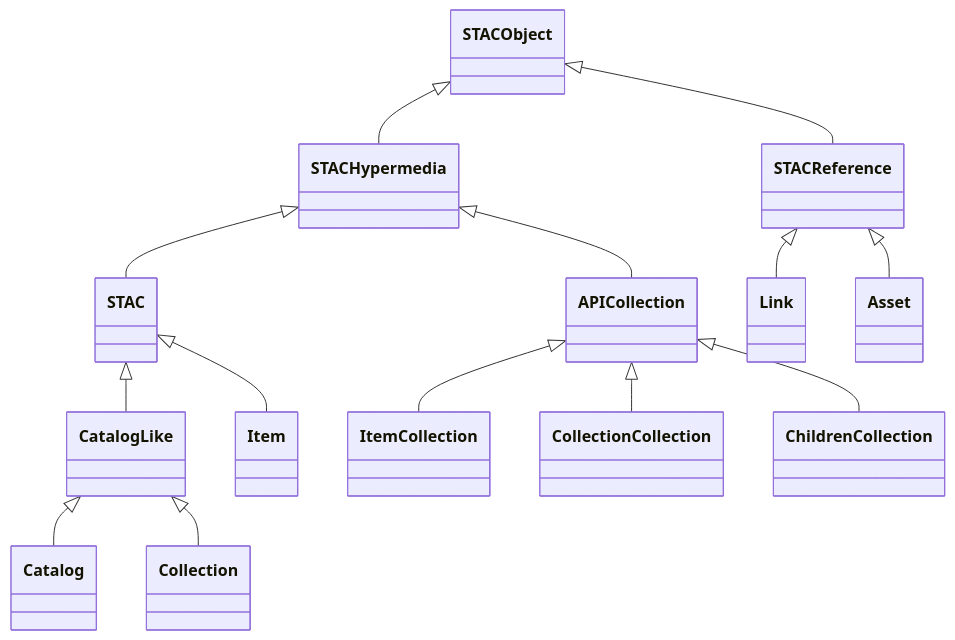
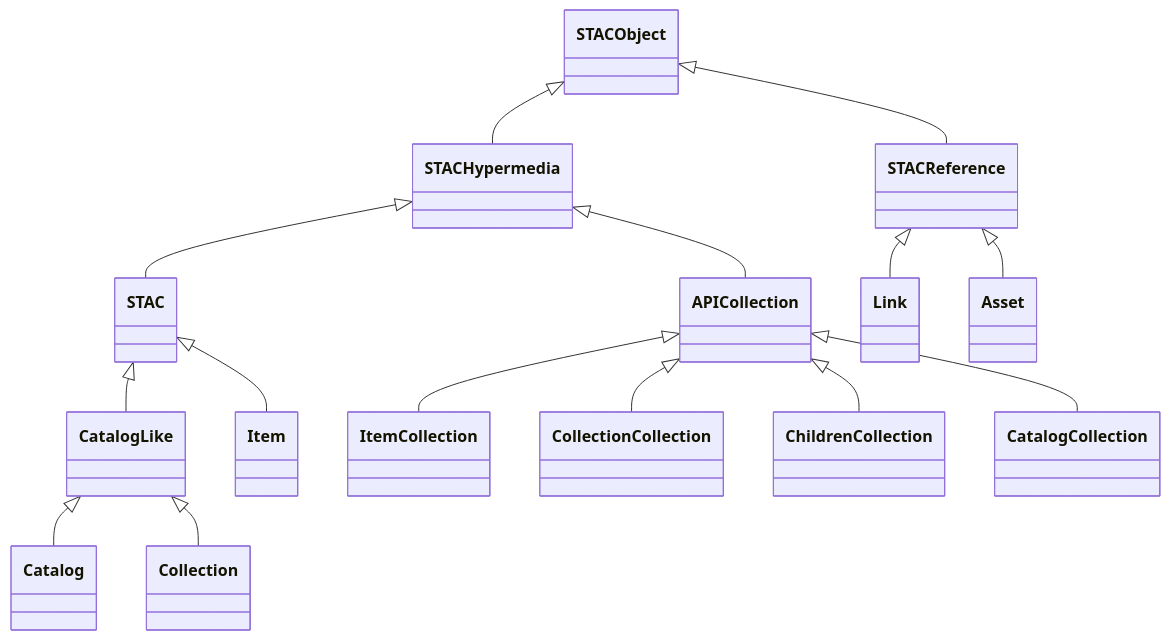
Before and after one commit to moregeo-it/stac-js: the diagram in README.md, drawn with Mermaid. The commit also changed other lines of this file and 12 other files, not shown here.

First line of the commit message:
Add CatalogCollection and getApiCatalogsLink for the Multi-Tenant Catalogs extension

````diff
--- a/README.md
+++ b/README.md
@@ -75,40 +75,42 @@
 ```mermaid
 classDiagram
     direction BT
 
     STACHypermedia --|> STACObject
     STAC --|> STACHypermedia
     STACReference --|> STACObject
     APICollection --|> STACHypermedia
     CatalogLike --|> STAC
 
     Item --|> STAC
     Catalog --|> CatalogLike
     Collection --|> CatalogLike
 
     Link --|> STACReference
     Asset --|> STACReference
 
     ItemCollection --|> APICollection
     CollectionCollection --|> APICollection
     ChildrenCollection --|> APICollection
+    CatalogCollection --|> APICollection
 
     classDef interface fill:#fff3bf,stroke:#d9a406,color:#000;
     classDef concrete fill:#cfe2ff,stroke:#3b6fb5,color:#000;
 
     class STACObject:::interface
     class STACHypermedia:::interface
     class STAC:::interface
     class CatalogLike:::interface
     class APICollection:::interface
     class STACReference:::interface
 
     class Catalog:::concrete
     class Collection:::concrete
     class Item:::concrete
     class Link:::concrete
     class Asset:::concrete
     class ItemCollection:::concrete
     class CollectionCollection:::concrete
     class ChildrenCollection:::concrete
+    class CatalogCollection:::concrete
 ```
````
